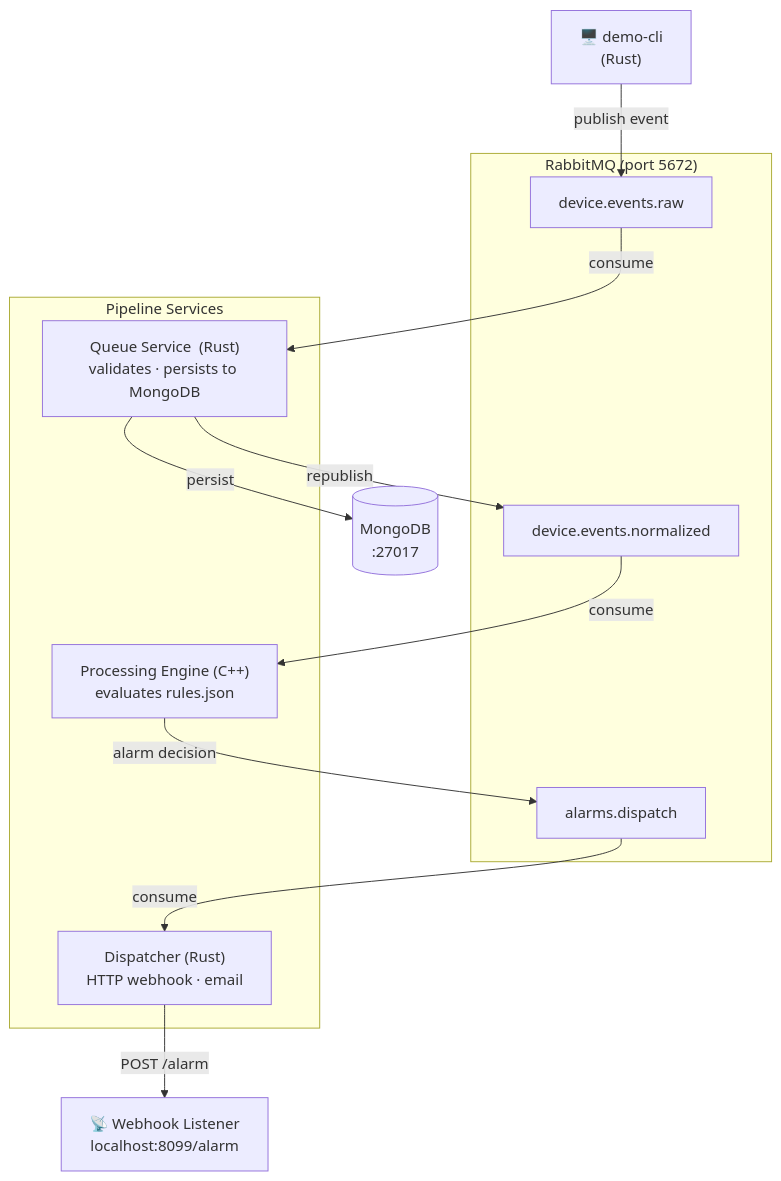
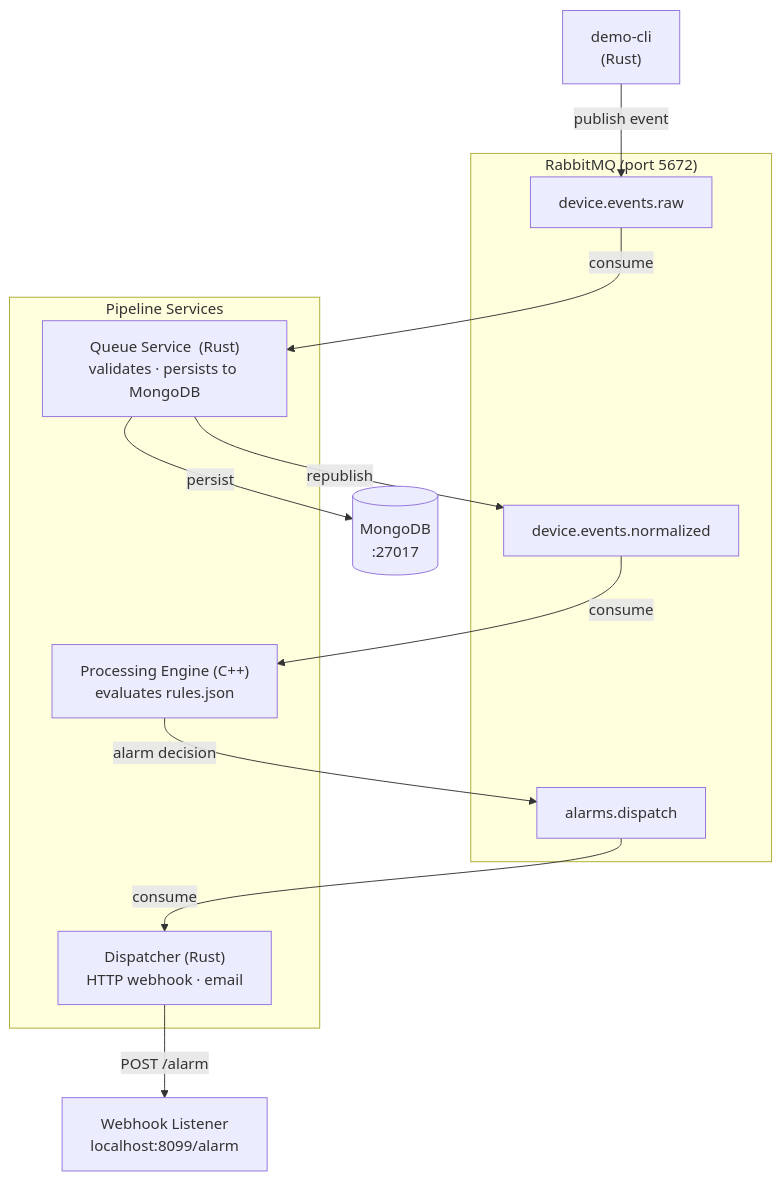
The first of 2 diagrams in docs/flow.md (arosenfeld2003/qwasar-nervous-system), drawn with Mermaid before and after one commit. The commit also changed other lines of this file, not shown here.

Commit message:
Remove emojis from Mermaid diagrams — render as question marks in Zed

````diff
--- a/docs/flow.md
+++ b/docs/flow.md
@@ -5,28 +5,28 @@
 ```mermaid
 flowchart TD
-    CLI["🖥️  demo-cli\n(Rust)"]
+    CLI["demo-cli\n(Rust)"]
 
     subgraph BROKER["RabbitMQ  (port 5672)"]
         RAW["device.events.raw"]
         NORM["device.events.normalized"]
         AQ["alarms.dispatch"]
     end
 
     subgraph SERVICES["Pipeline Services"]
         Q["Queue Service  (Rust)\nvalidates · persists to MongoDB"]
         PE["Processing Engine  (C++)\nevaluates rules.json"]
         D["Dispatcher  (Rust)\nHTTP webhook · email"]
     end
 
     DB[("MongoDB\n:27017")]
-    WH["📡 Webhook Listener\nlocalhost:8099/alarm"]
+    WH["Webhook Listener\nlocalhost:8099/alarm"]
 
     CLI -->|"publish event"| RAW
     RAW -->|"consume"| Q
     Q -->|"persist"| DB
     Q -->|"republish"| NORM
     NORM -->|"consume"| PE
     PE -->|"alarm decision"| AQ
     AQ -->|"consume"| D
     D -->|"POST /alarm"| WH
 ```
````
